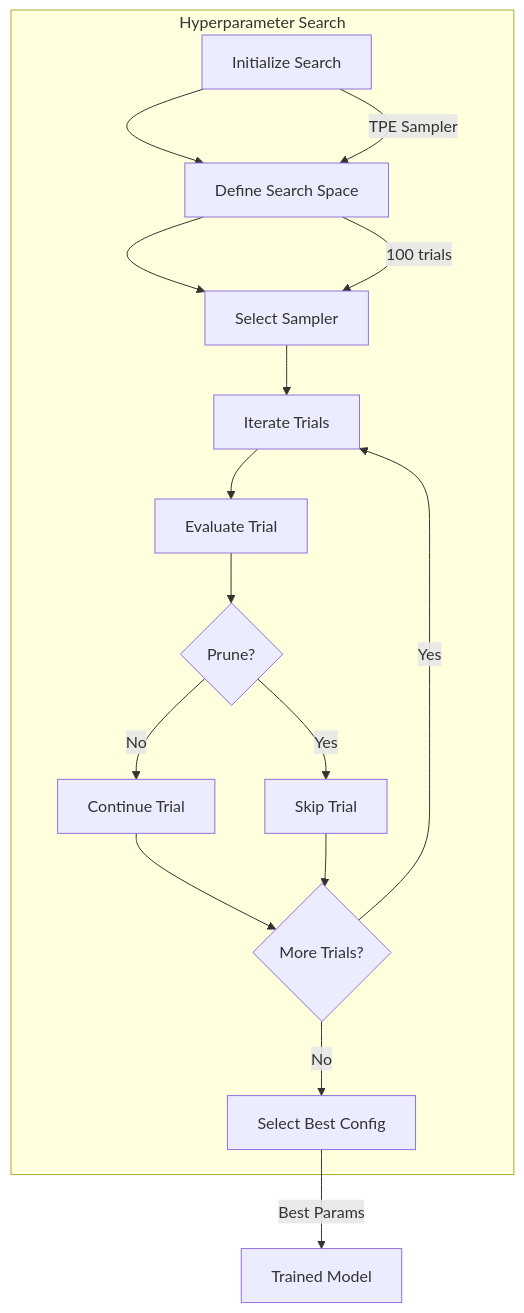
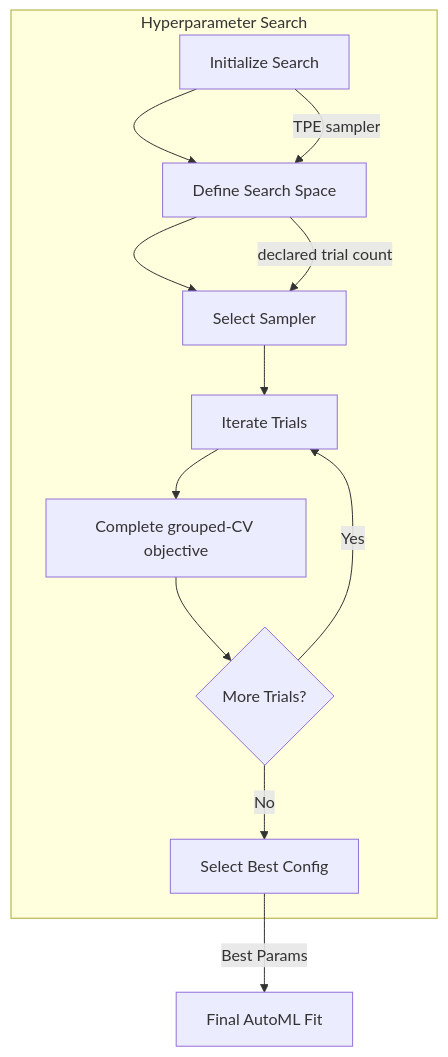
The first of 6 diagrams in plans/05-Model/03-Hyperparameter-Optimization/01-hyperparameter-search.md (Evintkoo/2048-ml), drawn with Mermaid before and after one commit. The commit also changed other lines of this file and 67 other files, not shown here.

````diff
--- a/plans/05-Model/03-Hyperparameter-Optimization/01-hyperparameter-search.md
+++ b/plans/05-Model/03-Hyperparameter-Optimization/01-hyperparameter-search.md
@@ -22,21 +22,17 @@
 ```mermaid
 flowchart TD
     subgraph "Hyperparameter Search"
         Start[Initialize Search]
         Start --> Define[Define Search Space]
         Define --> Select[Select Sampler]
         Select --> Iterate[Iterate Trials]
-        Iterate --> Evaluate[Evaluate Trial]
-        Evaluate --> Prune{Prune?}
-        Prune -->|Yes| Skip[Skip Trial]
-        Prune -->|No| Continue[Continue Trial]
-        Continue --> Next{More Trials?}
+        Iterate --> Evaluate[Complete grouped-CV objective]
+        Evaluate --> Next{More Trials?}
         Next -->|Yes| Iterate
         Next -->|No| Best[Select Best Config]
-        Skip --> Next
     end
     
-    Start --> |TPE Sampler| Define
-    Define --> |100 trials| Select
-    Best --> |Best Params| Model[Trained Model]
+    Start --> |TPE sampler| Define
+    Define --> |declared trial count| Select
+    Best --> |Best Params| Model[Final AutoML Fit]
 ```
````
